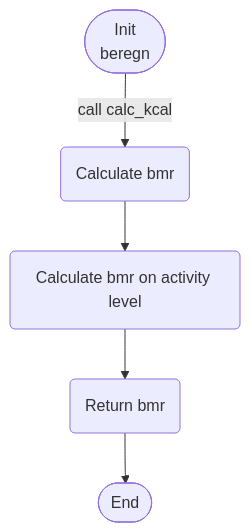
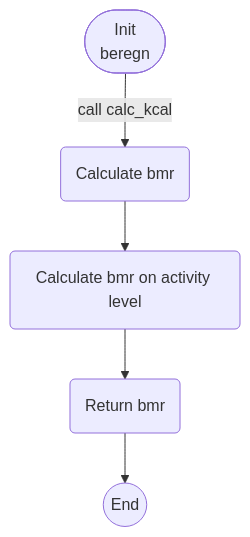
One commit to skqu/kalorycounter changed the diagram in beregn-flowchart.md. Above: the diagram before and after it, drawn with Mermaid.

````diff
--- a/beregn-flowchart.md
+++ b/beregn-flowchart.md
@@ -1,7 +1,8 @@
 ```mermaid
 flowchart TD
-    A([Init \n beregn]) -->|call calc_kcal| B(Calculate bmr)
+        A([Init \n beregn]) -->|call calc_kcal| B(Calculate bmr)
     B --> C(Calculate bmr on activity level)
     C --> D(Return bmr)
-    D --> E([End])
+    D --> E((End))
+
 ``` 
````
